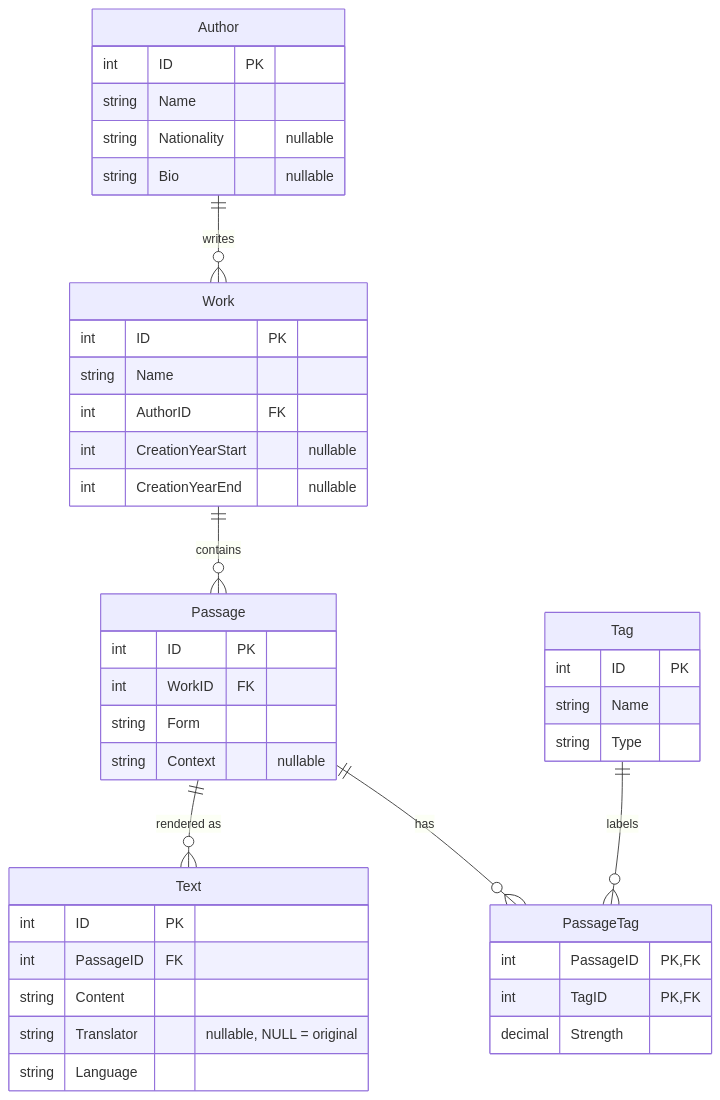
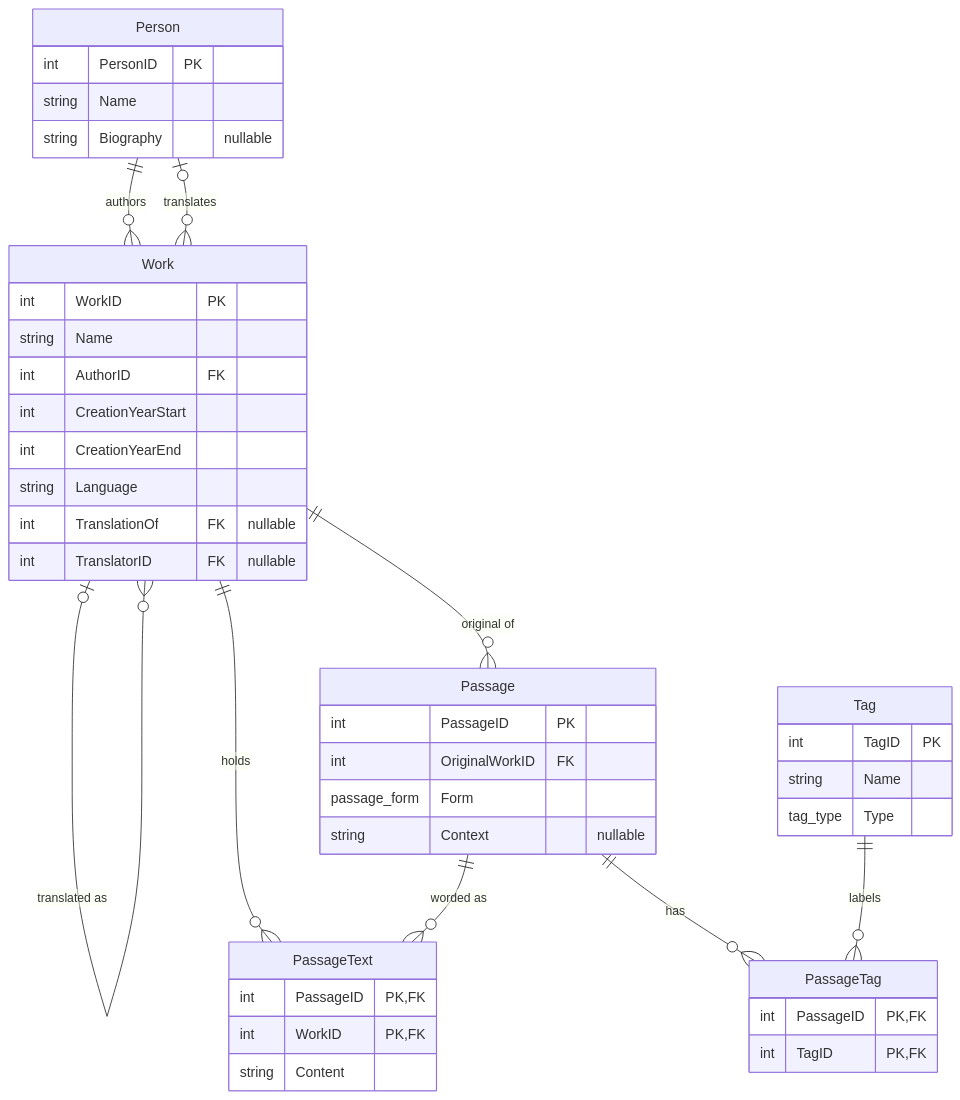
The diagram in docs/02-data-model.md (LucIlin/rites), drawn with Mermaid before and after one commit. The commit also changed other lines of this file and 3 other files, not shown here.

First line of the commit message:
docs: adopt schema revision 2 as the data model

````diff
--- a/docs/02-data-model.md
+++ b/docs/02-data-model.md
@@ -17,45 +20,47 @@
 ```mermaid
 erDiagram
-    Author ||--o{ Work : writes
-    Work ||--o{ Passage : contains
-    Passage ||--o{ Text : "rendered as"
+    Person ||--o{ Work : "authors"
+    Person |o--o{ Work : "translates"
+    Work |o--o{ Work : "translated as"
+    Work ||--o{ Passage : "original of"
+    Work ||--o{ PassageText : "holds"
+    Passage ||--o{ PassageText : "worded as"
     Passage ||--o{ PassageTag : has
     Tag ||--o{ PassageTag : labels
 
-    Author {
-        int ID PK
+    Person {
+        int PersonID PK
         string Name
-        string Nationality "nullable"
-        string Bio "nullable"
+        string Biography "nullable"
     }
     Work {
-        int ID PK
+        int WorkID PK
         string Name
         int AuthorID FK
-        int CreationYearStart "nullable"
-        int CreationYearEnd "nullable"
+        int CreationYearStart
+        int CreationYearEnd
+        string Language
+        int TranslationOf FK "nullable"
+        int TranslatorID FK "nullable"
     }
     Passage {
-        int ID PK
-        int WorkID FK
-        string Form
+        int PassageID PK
+        int OriginalWorkID FK
+        passage_form Form
         string Context "nullable"
     }
-    Text {
-        int ID PK
-        int PassageID FK
+    PassageText {
+        int PassageID PK, FK
+        int WorkID PK, FK
         string Content
-        string Translator "nullable, NULL = original"
-        string Language
     }
     Tag {
-        int ID PK
+        int TagID PK
         string Name
-        string Type
+        tag_type Type
     }
     PassageTag {
         int PassageID PK, FK
         int TagID PK, FK
-        decimal Strength
     }
 ```
````
